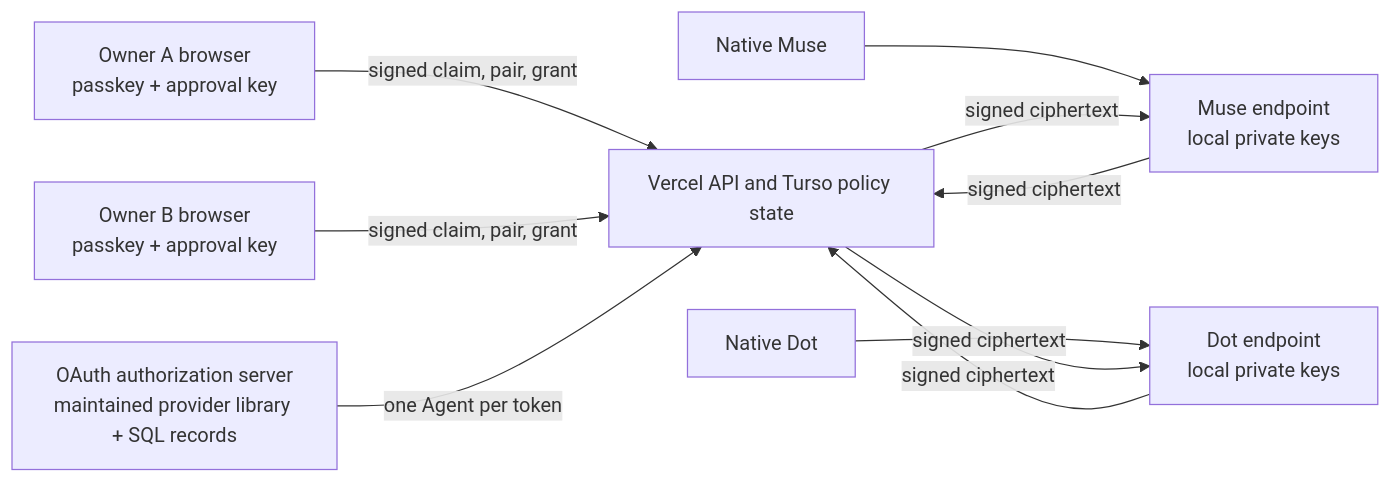
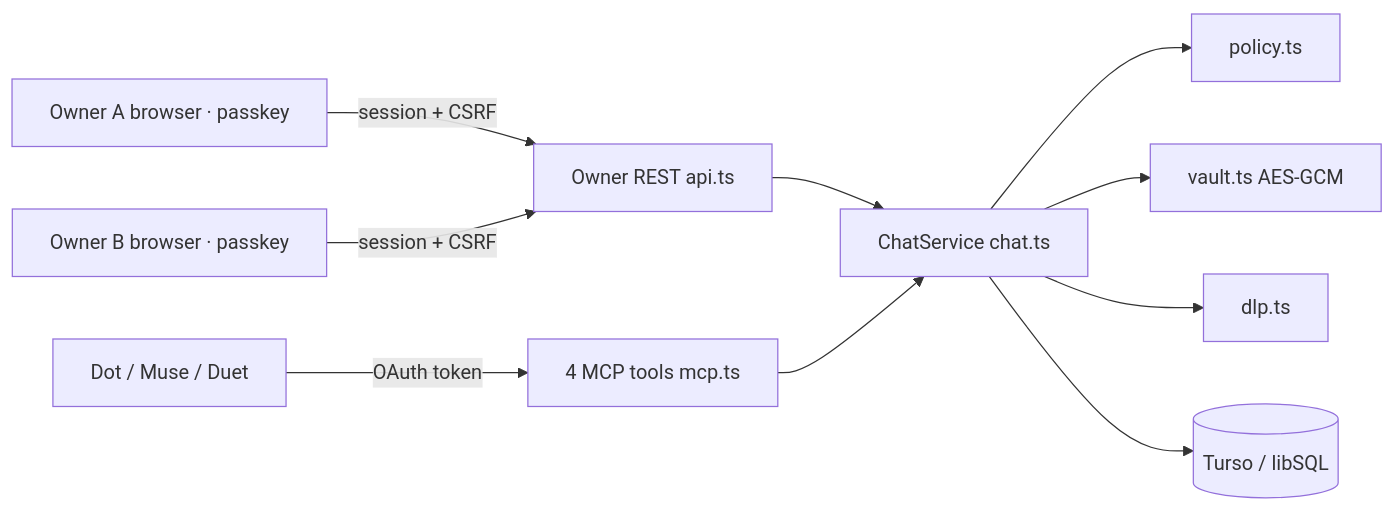
The diagram in docs/ARCHITECTURE.md (Caleb0796/agent-hub-eng), drawn with Mermaid before and after one commit. The commit also changed other lines of this file and 7 other files, not shown here.

First line of the commit message:
Document v2: security promise, architecture, deployment order, gates

````diff
--- a/docs/ARCHITECTURE.md
+++ b/docs/ARCHITECTURE.md
@@ -7,12 +5,12 @@
 ```mermaid
 flowchart LR
-  OA[Owner A browser<br/>passkey + approval key] -->|signed claim, pair, grant| H[Vercel API and Turso policy state]
-  OB[Owner B browser<br/>passkey + approval key] -->|signed claim, pair, grant| H
-  D[Native Dot] --> EA[Dot endpoint<br/>local private keys]
-  M[Native Muse] --> EB[Muse endpoint<br/>local private keys]
-  EA -->|signed ciphertext| H
-  H -->|signed ciphertext| EB
-  EB -->|signed ciphertext| H
-  H -->|signed ciphertext| EA
-  A[OAuth authorization server<br/>maintained provider library + SQL records] -->|one Agent per token| H
+  OA[Owner A browser · passkey] -->|session + CSRF| API[Owner REST api.ts]
+  OB[Owner B browser · passkey] -->|session + CSRF| API
+  D[Dot / Muse / Duet] -->|OAuth token| MCP[4 MCP tools mcp.ts]
+  API --> C[ChatService chat.ts]
+  MCP --> C
+  C --> P[policy.ts]
+  C --> V[vault.ts AES-GCM]
+  C --> L[dlp.ts]
+  C --> DB[(Turso / libSQL)]
 ```
````
